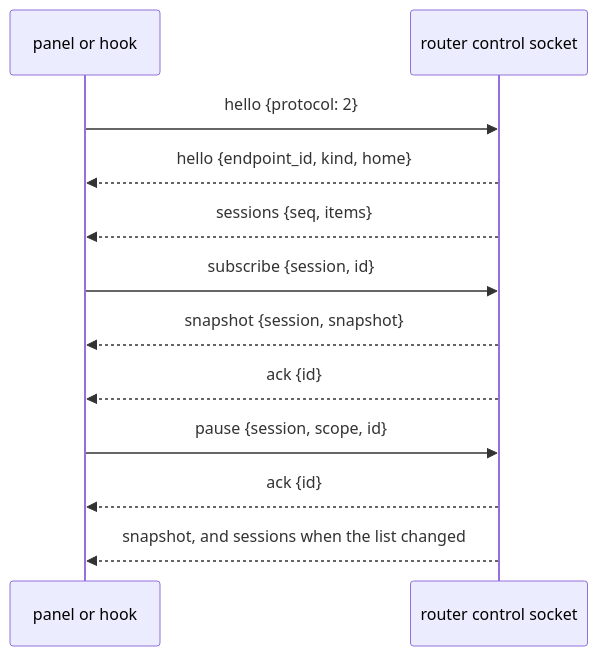
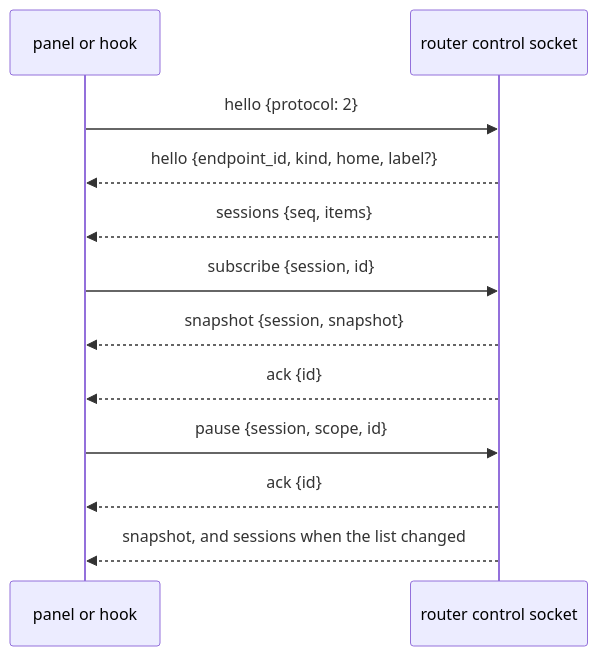
One commit to alexei-led/codex-router changed the third of 9 diagrams in docs/architecture.md. Above: the diagram before and after it, drawn with Mermaid. The commit also changed other lines of this file and 5 other files, not shown here.

Commit message:
feat(control): optional hello label naming the launcher's directory

````diff
--- a/docs/architecture.md
+++ b/docs/architecture.md
@@ -98,14 +98,14 @@
 ```mermaid
 sequenceDiagram
   participant C as panel or hook
   participant S as router control socket
   C->>S: hello {protocol: 2}
-  S-->>C: hello {endpoint_id, kind, home}
+  S-->>C: hello {endpoint_id, kind, home, label?}
   S-->>C: sessions {seq, items}
   C->>S: subscribe {session, id}
   S-->>C: snapshot {session, snapshot}
   S-->>C: ack {id}
   C->>S: pause {session, scope, id}
   S-->>C: ack {id}
   S-->>C: snapshot, and sessions when the list changed
 ```
````
